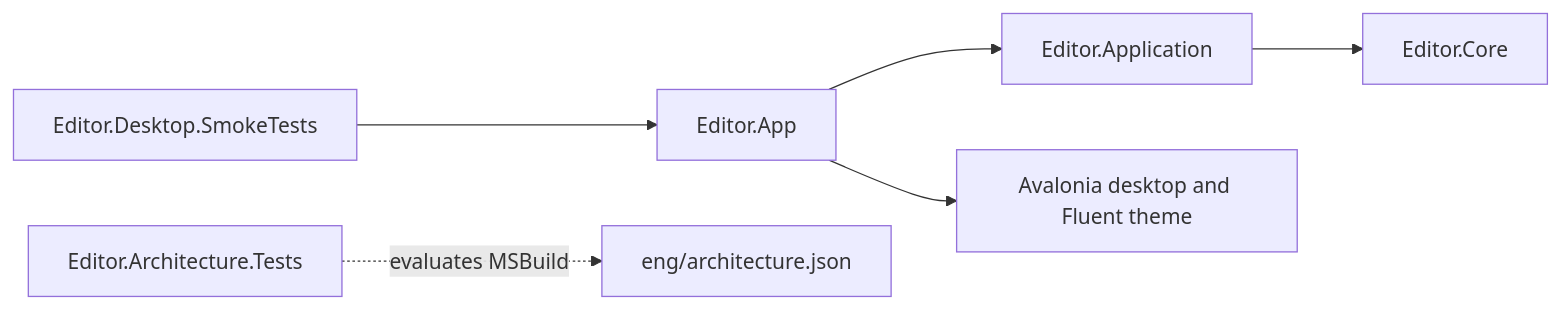
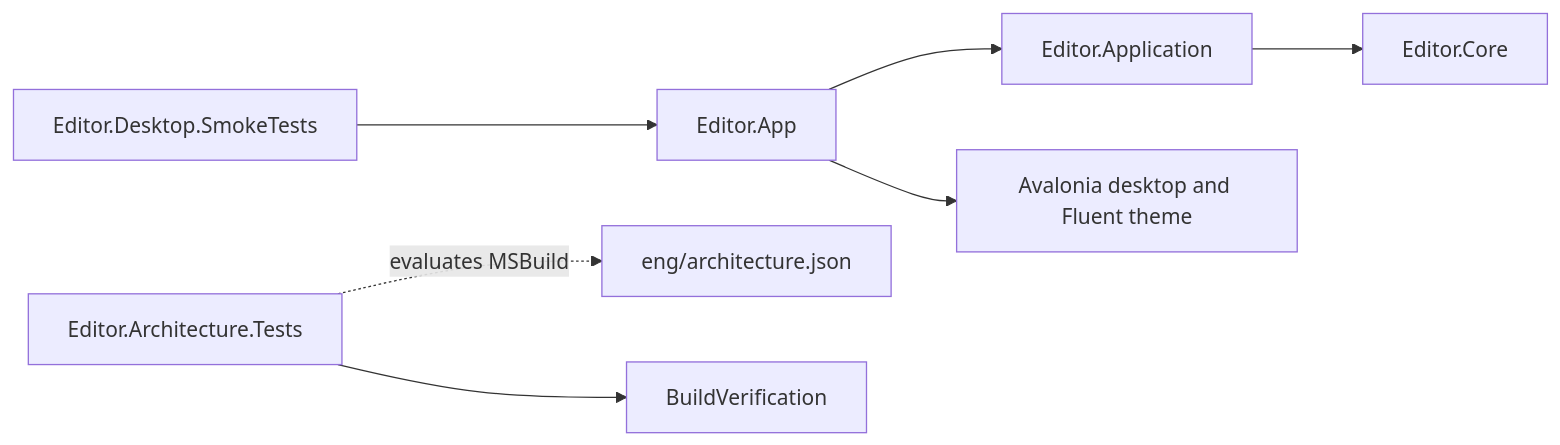
Before and after one commit to daniel-kindl/tangopad: the diagram in docs/architecture.md, drawn with Mermaid. The commit also changed other lines of this file and 20 other files, not shown here.

````diff
--- a/docs/architecture.md
+++ b/docs/architecture.md
@@ -12,8 +12,9 @@
 ```mermaid
 flowchart LR
     App[Editor.App] --> Application[Editor.Application]
     Application --> Core[Editor.Core]
     App --> Avalonia[Avalonia desktop and Fluent theme]
     ArchitectureTests[Editor.Architecture.Tests] -. evaluates MSBuild .-> Policy[eng/architecture.json]
+    ArchitectureTests --> BuildVerification[BuildVerification]
     SmokeTests[Editor.Desktop.SmokeTests] --> App
 ```
````
